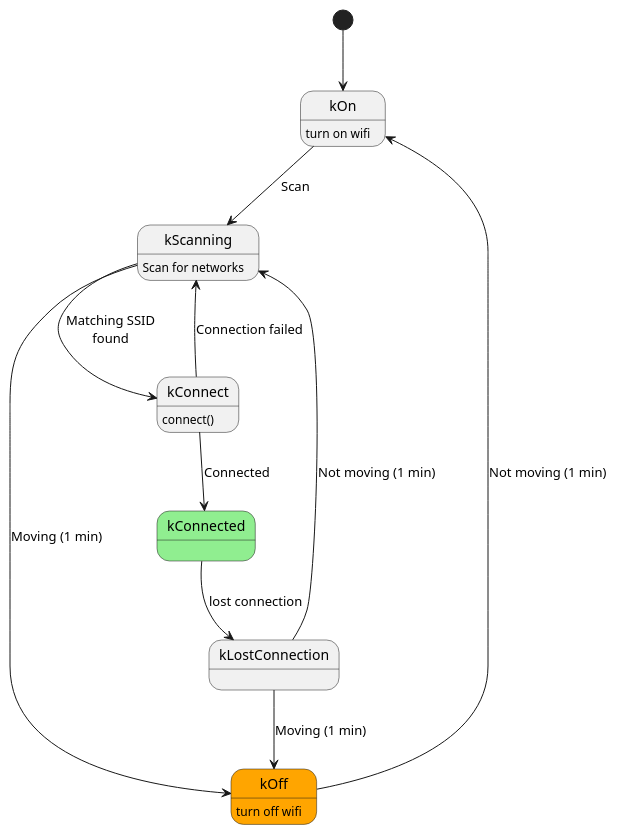
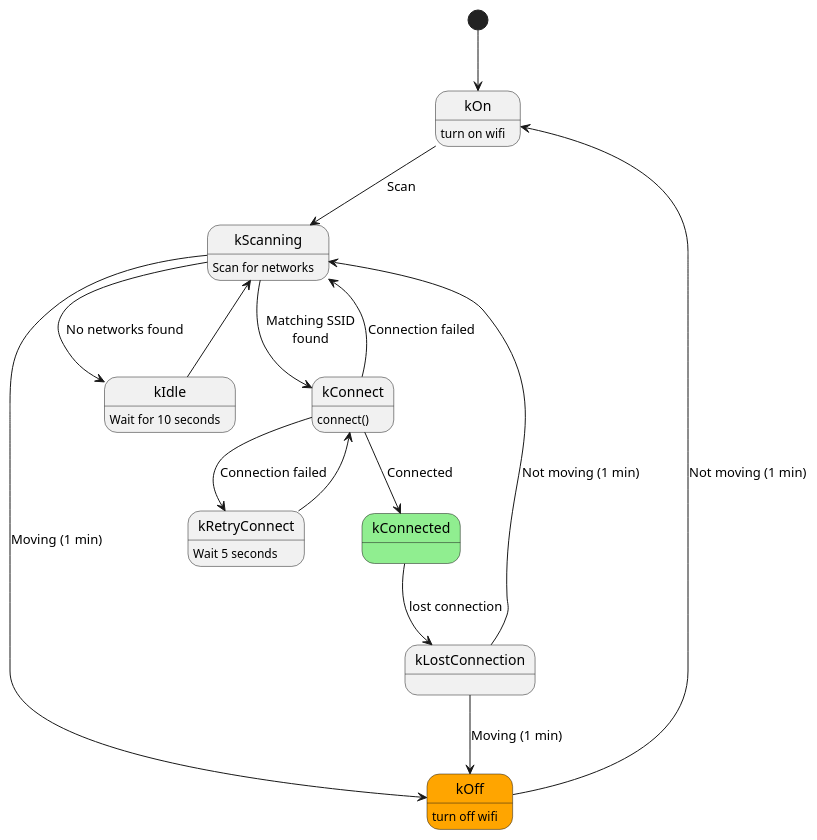
Before and after one commit to SimonKagstrom/radbuzz: the diagram in src/wifi_handler/wifi_state_machine.pu, drawn with PlantUML. The commit also changed 10 other files, not shown here.

```diff
--- a/src/wifi_handler/wifi_state_machine.pu
+++ b/src/wifi_handler/wifi_state_machine.pu
@@ -1,28 +1,35 @@
 @startuml
 
 state kOn : turn on wifi
 state kOff #Orange : turn off wifi
 state kScanning : Scan for networks
+state kIdle : Wait for 10 seconds
 state kConnect : connect()
+state kRetryConnect : Wait 5 seconds
 state kConnected #LightGreen
 state kLostConnection
 
 [*] --> kOn
 
 kOn --> kScanning : Scan
 
 kScanning --> kConnect : Matching SSID\nfound
 kScanning --> kOff : Moving (1 min)
+kScanning --> kIdle : No networks found
+
+kIdle --> kScanning
 
 kConnect --> kConnected : Connected
 kConnect --> kScanning : Connection failed
 
+kConnect --> kRetryConnect : Connection failed
+kRetryConnect --> kConnect
 
 kConnected --> kLostConnection : lost connection
 
 kLostConnection --> kScanning : Not moving (1 min)
 kLostConnection --> kOff : Moving (1 min)
 
 kOff --> kOn : Not moving (1 min)
 
 @enduml
```
